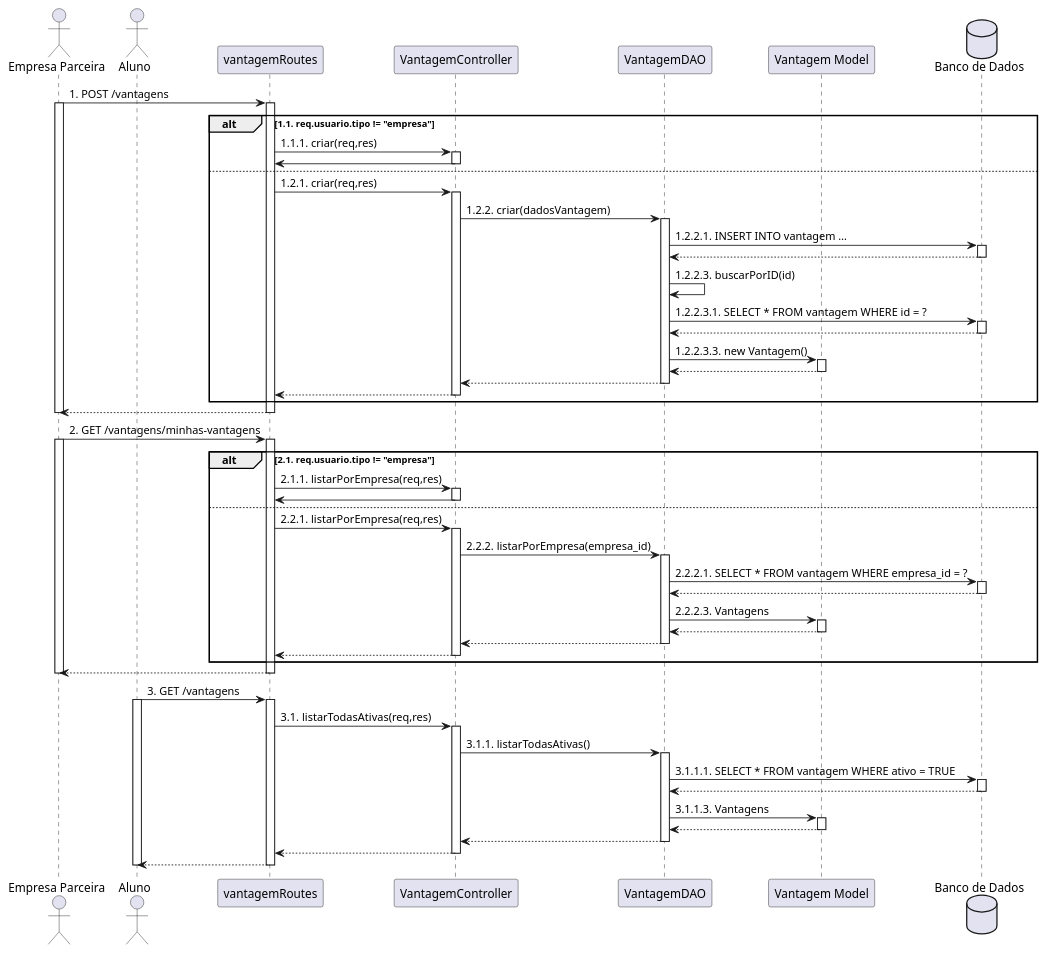
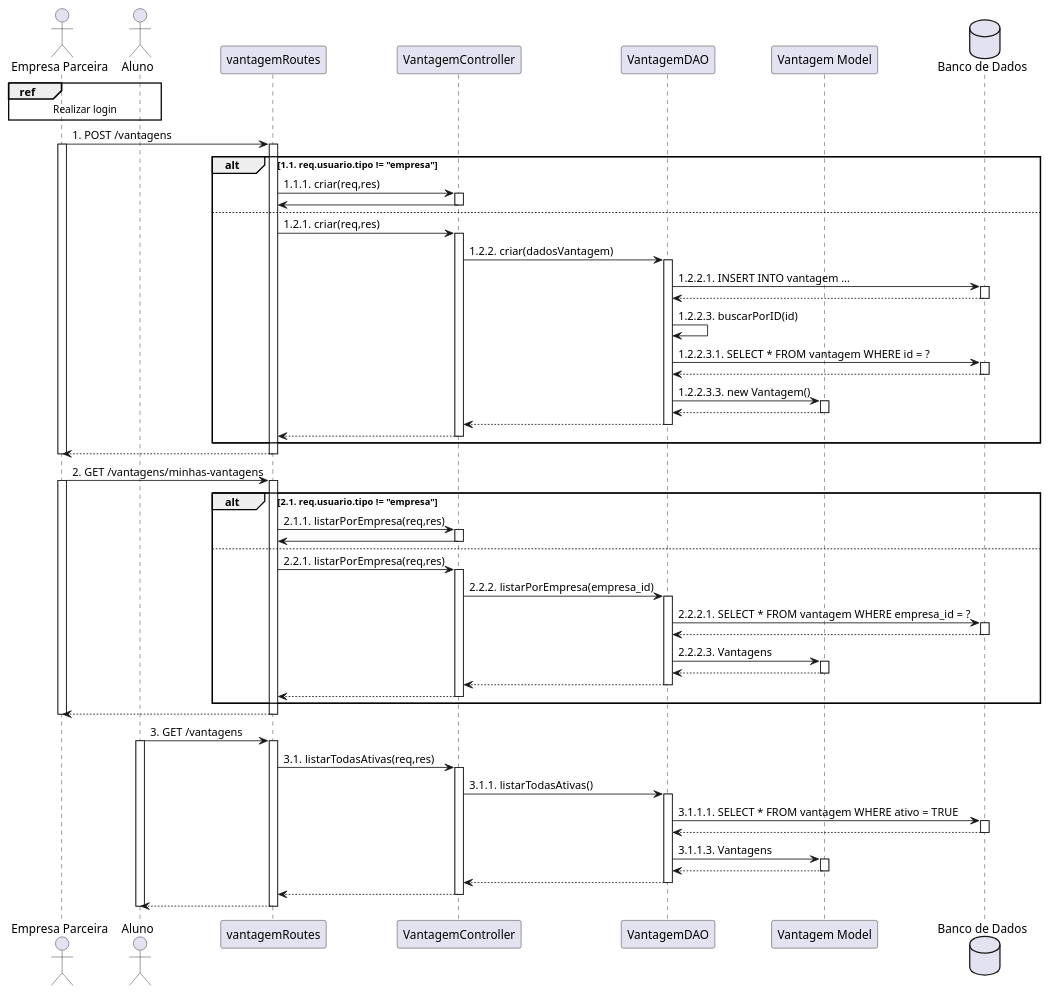
The diagram in project/code/sequencediagramvantagem.plantuml (iannovais/lds-moeda), drawn with PlantUML before and after one commit. The commit also changed 3 other files, not shown here.

```diff
--- a/project/code/sequencediagramvantagem.plantuml
+++ b/project/code/sequencediagramvantagem.plantuml
@@ -1,103 +1,105 @@
 @startuml
 
 actor "Empresa Parceira" as empresa
 actor "Aluno" as aluno
 participant "vantagemRoutes" as rota
 participant "VantagemController" as controller
 participant "VantagemDAO" as dao
 participant "Vantagem Model" as model
 database "Banco de Dados" as bd
+
+ref over empresa, aluno : Realizar login
 
 empresa -> rota : 1. POST /vantagens
 activate empresa 
 activate rota 
 
 alt 1.1. req.usuario.tipo != "empresa"
     rota -> controller : 1.1.1. criar(req,res)
     activate controller 
     controller -> rota 
     deactivate controller
 else
     rota -> controller : 1.2.1. criar(req,res)
     activate controller 
     controller -> dao : 1.2.2. criar(dadosVantagem)
     activate dao 
         dao -> bd : 1.2.2.1. INSERT INTO vantagem …
         activate bd 
         bd  --> dao 
         deactivate bd
         dao -> dao : 1.2.2.3. buscarPorID(id)
             dao -> bd : 1.2.2.3.1. SELECT * FROM vantagem WHERE id = ?
             activate bd 
             bd  --> dao
             deactivate bd
             dao -> model : 1.2.2.3.3. new Vantagem()
             activate model 
             model --> dao
             deactivate model
         dao --> controller
     deactivate dao
     controller --> rota
     deactivate controller
 end
 rota --> empresa
 deactivate rota
 deactivate empresa
 
 empresa -> rota : 2. GET /vantagens/minhas-vantagens
 activate empresa 
 activate rota 
 
 alt 2.1. req.usuario.tipo != "empresa"
     rota -> controller : 2.1.1. listarPorEmpresa(req,res)
     activate controller 
     controller -> rota
     deactivate controller
 else
     rota -> controller : 2.2.1. listarPorEmpresa(req,res)
     activate controller 
         controller -> dao : 2.2.2. listarPorEmpresa(empresa_id)
         activate dao 
             dao -> bd : 2.2.2.1. SELECT * FROM vantagem WHERE empresa_id = ?
             activate bd 
             bd  --> dao
             deactivate bd
             dao -> model : 2.2.2.3. Vantagens
             activate model 
             model --> dao
             deactivate model
         dao --> controller
         deactivate dao
     controller --> rota
     deactivate controller
 end
 rota --> empresa
 deactivate rota
 deactivate empresa
 
 aluno -> rota : 3. GET /vantagens
 activate aluno 
 activate rota 
 
 rota -> controller : 3.1. listarTodasAtivas(req,res)
 activate controller
     controller -> dao : 3.1.1. listarTodasAtivas()
     activate dao 
         dao -> bd : 3.1.1.1. SELECT * FROM vantagem WHERE ativo = TRUE
         activate bd 
         bd  --> dao
         deactivate bd
         dao -> model : 3.1.1.3. Vantagens
         activate model 
         model --> dao
         deactivate model
     dao --> controller
     deactivate dao
 controller --> rota
 deactivate controller
 
 rota --> aluno
 deactivate rota
 deactivate aluno
 
 @enduml
```
